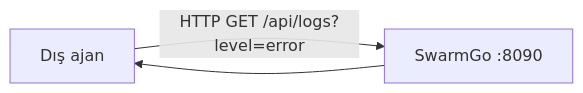
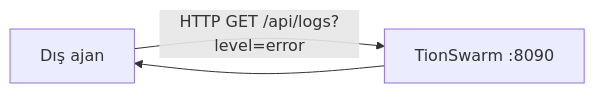
The second of 2 diagrams in _Docs/12-LOGLAMA.md (bilal-arikan/tionharness), drawn with Mermaid before and after one commit. The commit also changed other lines of this file and 433 other files, not shown here.

First line of the commit message:
refactor: rename SwarmGo -> TionSwarm across code, docs, skills

````diff
--- a/_Docs/12-LOGLAMA.md
+++ b/_Docs/12-LOGLAMA.md
@@ -182,5 +182,5 @@
 ```mermaid
 graph LR
-    A[Dış ajan] -->|HTTP GET /api/logs?level=error| B[SwarmGo :8090]
+    A[Dış ajan] -->|HTTP GET /api/logs?level=error| B[TionSwarm :8090]
     B --> A
 ```
````
